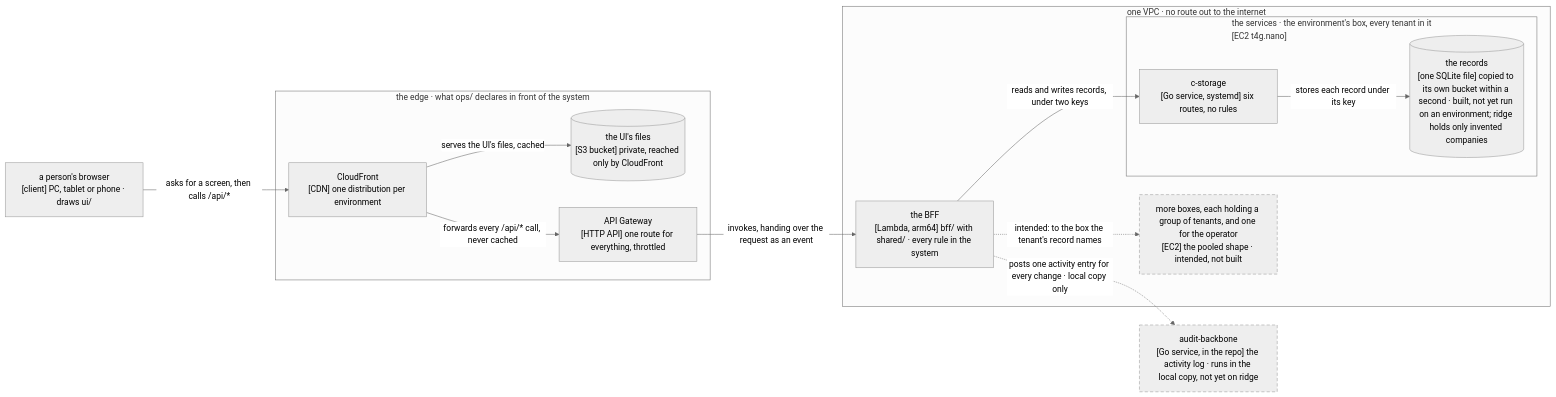
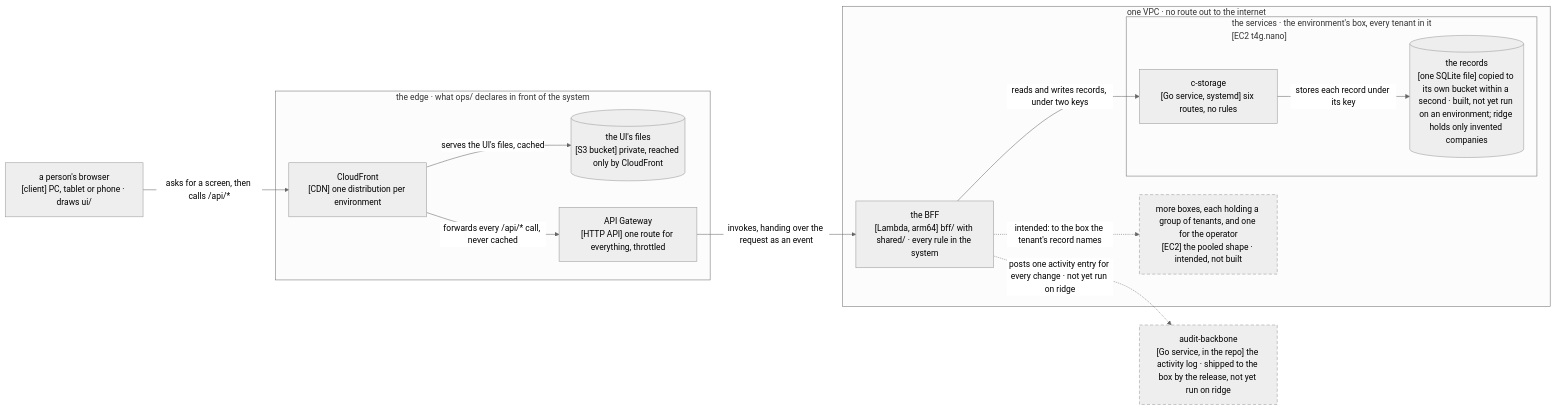
One commit to ancJ29/credo changed the diagram in docs/architecture.md. Above: the diagram before and after it, drawn with Mermaid (neutral theme). The commit also changed other lines of this file and 9 other files, not shown here.

Commit message:
docs: the prose the activity log's shipping made false, rewritten to what the release, deploy and check now do

````diff
--- a/docs/architecture.md
+++ b/docs/architecture.md
@@ -20,28 +20,28 @@
 ```mermaid
 flowchart LR
   browser["a person's browser<br/>[client] PC, tablet or phone · draws ui/"]
   subgraph edge["the edge · what ops/ declares in front of the system"]
     cdn["CloudFront<br/>[CDN] one distribution per environment"]
     s3[("the UI's files<br/>[S3 bucket] private, reached only by CloudFront")]
     api["API Gateway<br/>[HTTP API] one route for everything, throttled"]
   end
   subgraph vpc["one VPC · no route out to the internet"]
     bff["the BFF<br/>[Lambda, arm64] bff/ with shared/ · every rule in the system"]
     subgraph box["the services · the environment's box, every tenant in it<br/>[EC2 t4g.nano]"]
       cs["c-storage<br/>[Go service, systemd] six routes, no rules"]
       db[("the records<br/>[one SQLite file] copied to its own bucket within a second · built, not yet run on an environment; ridge holds only invented companies")]
     end
     more["more boxes, each holding a group of tenants, and one for the operator<br/>[EC2] the pooled shape · intended, not built"]
   end
-  ab["audit-backbone<br/>[Go service, in the repo] the activity log · runs in the local copy, not yet on ridge"]
+  ab["audit-backbone<br/>[Go service, in the repo] the activity log · shipped to the box by the release, not yet run on ridge"]
   browser -- "asks for a screen, then calls /api/*" --> cdn
   cdn -- "serves the UI's files, cached" --> s3
   cdn -- "forwards every /api/* call, never cached" --> api
   api -- "invokes, handing over the request as an event" --> bff
   bff -- "reads and writes records, under two keys" --> cs
   cs -- "stores each record under its key" --> db
-  bff -. "posts one activity entry for every change · local copy only" .-> ab
+  bff -. "posts one activity entry for every change · not yet run on ridge" .-> ab
   bff -. "intended: to the box the tenant's record names" .-> more
   classDef intended stroke-dasharray: 6 4
   class ab,more intended
 ```
````
